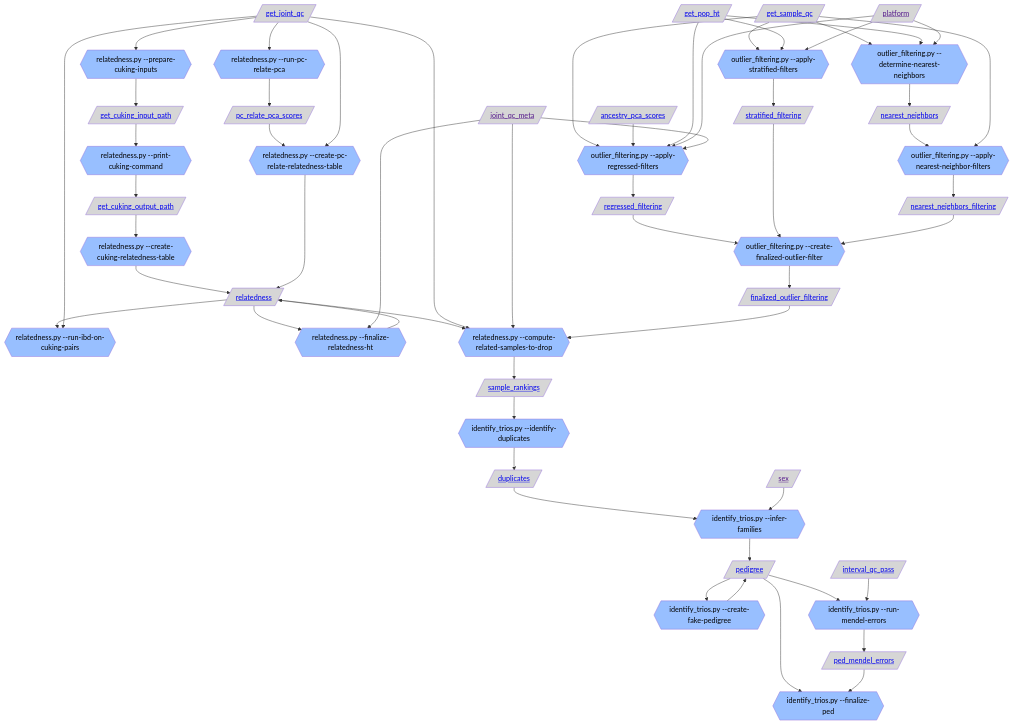
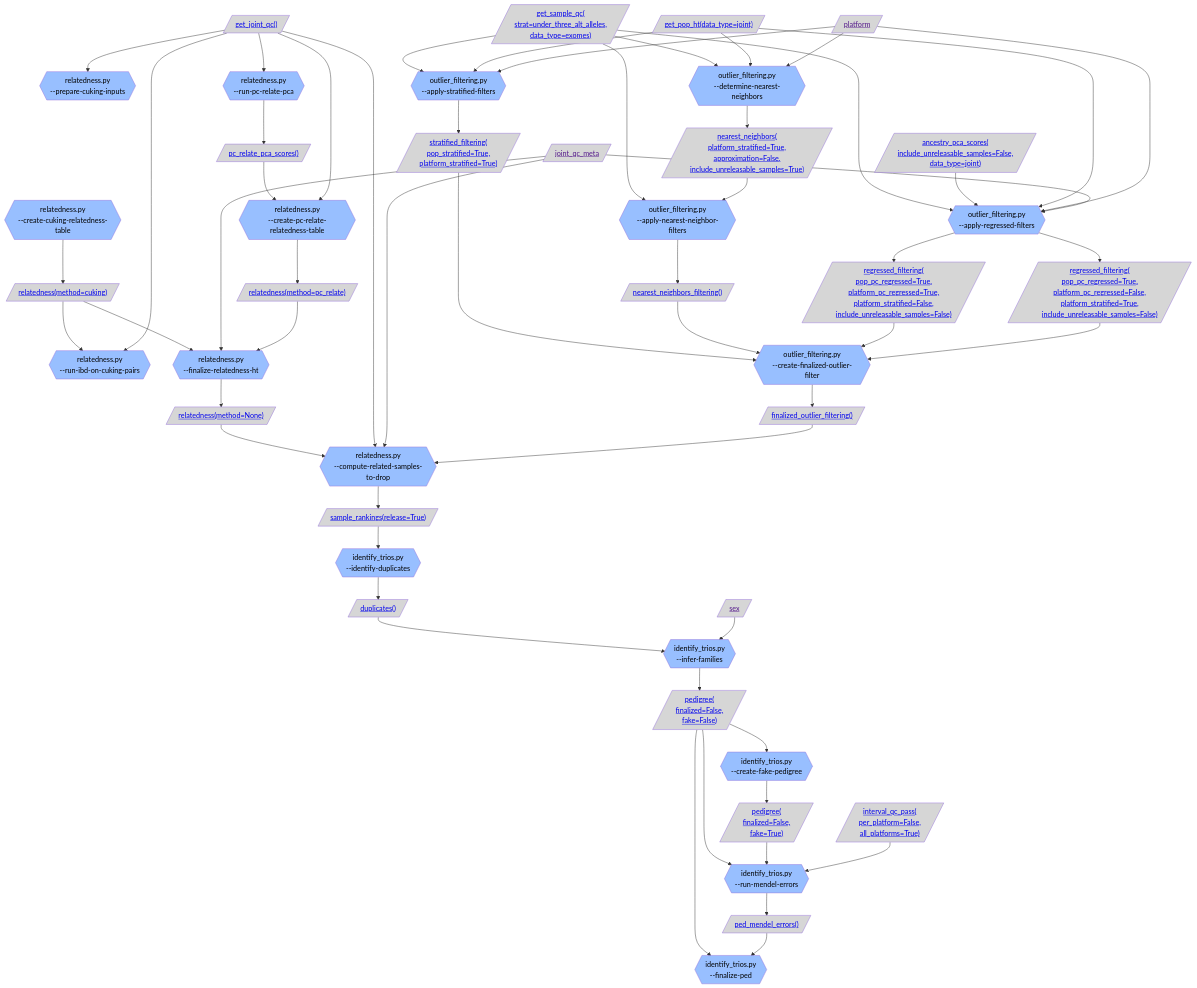
The first of 4 diagrams in gnomad_qc/v4/sample_qc/README.md (broadinstitute/gnomad_qc), drawn with Mermaid before and after one commit. The commit also changed other lines of this file and 3 other files, not shown here.

Commit message:
include arguments for resources

````diff
--- a/gnomad_qc/v4/sample_qc/README.md
+++ b/gnomad_qc/v4/sample_qc/README.md
@@ -9,97 +9,138 @@
   classDef resource_color fill:#D6D6D6,color:#000000
   classDef validity_check_color fill:#2C5D4A,color:#000000
 
-  resource_get_joint_qc[/"<a href='https://github.com/broadinstitute/gnomad_qc/tree/main/gnomad_qc/v4/resources/sample_qc.py#L388'>get_joint_qc</a>"/]:::resource_color;
-  step_prepare_cuking_inputs{{"relatedness.py --prepare-cuking-inputs"}}:::step_color;
-  resource_get_cuking_input_path[/"<a href='https://github.com/broadinstitute/gnomad_qc/tree/main/gnomad_qc/v4/resources/sample_qc.py#L423'>get_cuking_input_path</a>"/]:::resource_color;
-  step_print_cuking_command{{"relatedness.py --print-cuking-command"}}:::step_color;
-  resource_get_cuking_output_path[/"<a href='https://github.com/broadinstitute/gnomad_qc/tree/main/gnomad_qc/v4/resources/sample_qc.py#L439'>get_cuking_output_path</a>"/]:::resource_color;
-  step_create_cuking_relatedness_table{{"relatedness.py --create-cuking-relatedness-table"}}:::step_color;
-  resource_relatedness[/"<a href='https://github.com/broadinstitute/gnomad_qc/tree/main/gnomad_qc/v4/resources/sample_qc.py#L473'>relatedness</a>"/]:::resource_color;
-  step_run_ibd_on_cuking_pairs{{"relatedness.py --run-ibd-on-cuking-pairs"}}:::step_color;
-  step_finalize_relatedness_ht{{"relatedness.py --finalize-relatedness-ht"}}:::step_color;
+  resource_get_joint_qc_[/"<a href='https://github.com/broadinstitute/gnomad_qc/tree/main/gnomad_qc/v4/resources/sample_qc.py#L388'>get_joint_qc()</a>"/]:::resource_color;
+  step_prepare_cuking_inputs{{"relatedness.py
+--prepare-cuking-inputs"}}:::step_color;
+  step_create_cuking_relatedness_table{{"relatedness.py
+--create-cuking-relatedness-table"}}:::step_color;
+  resource_relatedness_method_cuking[/"<a href='https://github.com/broadinstitute/gnomad_qc/tree/main/gnomad_qc/v4/resources/sample_qc.py#L473'>relatedness(method=cuking)</a>"/]:::resource_color;
+  step_run_ibd_on_cuking_pairs{{"relatedness.py
+--run-ibd-on-cuking-pairs"}}:::step_color;
+  step_finalize_relatedness_ht{{"relatedness.py
+--finalize-relatedness-ht"}}:::step_color;
   resource_joint_qc_meta[/"<a href=''>joint_qc_meta</a>"/]:::resource_color;
-  step_create_pc_relate_relatedness_table{{"relatedness.py --create-pc-relate-relatedness-table"}}:::step_color;
-  step_compute_related_samples_to_drop{{"relatedness.py --compute-related-samples-to-drop"}}:::step_color;
-  step_create_finalized_outlier_filter{{"outlier_filtering.py --create-finalized-outlier-filter"}}:::step_color;
-  resource_finalized_outlier_filtering[/"<a href='https://github.com/broadinstitute/gnomad_qc/tree/main/gnomad_qc/v4/resources/sample_qc.py#L874'>finalized_outlier_filtering</a>"/]:::resource_color;
-  step_run_pc_relate_pca{{"relatedness.py --run-pc-relate-pca"}}:::step_color;
-  resource_pc_relate_pca_scores[/"<a href='https://github.com/broadinstitute/gnomad_qc/tree/main/gnomad_qc/v4/resources/sample_qc.py#L455'>pc_relate_pca_scores</a>"/]:::resource_color;
-  resource_get_sample_qc[/"<a href='https://github.com/broadinstitute/gnomad_qc/tree/main/gnomad_qc/v4/resources/sample_qc.py#L44'>get_sample_qc</a>"/]:::resource_color;
-  step_apply_regressed_filters{{"outlier_filtering.py --apply-regressed-filters"}}:::step_color;
-  resource_ancestry_pca_scores[/"<a href='https://github.com/broadinstitute/gnomad_qc/tree/main/gnomad_qc/v4/resources/sample_qc.py#L624'>ancestry_pca_scores</a>"/]:::resource_color;
-  resource_get_pop_ht[/"<a href='https://github.com/broadinstitute/gnomad_qc/tree/main/gnomad_qc/v4/resources/sample_qc.py#L698'>get_pop_ht</a>"/]:::resource_color;
+  step_create_pc_relate_relatedness_table{{"relatedness.py
+--create-pc-relate-relatedness-table"}}:::step_color;
+  resource_relatedness_method_pc_relate[/"<a href='https://github.com/broadinstitute/gnomad_qc/tree/main/gnomad_qc/v4/resources/sample_qc.py#L473'>relatedness(method=pc_relate)</a>"/]:::resource_color;
+  resource_relatedness_method_None[/"<a href='https://github.com/broadinstitute/gnomad_qc/tree/main/gnomad_qc/v4/resources/sample_qc.py#L473'>relatedness(method=None)</a>"/]:::resource_color;
+  step_compute_related_samples_to_drop{{"relatedness.py
+--compute-related-samples-to-drop"}}:::step_color;
+  step_create_finalized_outlier_filter{{"outlier_filtering.py
+--create-finalized-outlier-filter"}}:::step_color;
+  resource_finalized_outlier_filtering_[/"<a href='https://github.com/broadinstitute/gnomad_qc/tree/main/gnomad_qc/v4/resources/sample_qc.py#L874'>finalized_outlier_filtering()</a>"/]:::resource_color;
+  step_run_pc_relate_pca{{"relatedness.py
+--run-pc-relate-pca"}}:::step_color;
+  resource_pc_relate_pca_scores_[/"<a href='https://github.com/broadinstitute/gnomad_qc/tree/main/gnomad_qc/v4/resources/sample_qc.py#L455'>pc_relate_pca_scores()</a>"/]:::resource_color;
+  resource_get_sample_qc_strat_under_three_alt_alleles_data_type_exomes[/"<a href='https://github.com/broadinstitute/gnomad_qc/tree/main/gnomad_qc/v4/resources/sample_qc.py#L44'>get_sample_qc(
+strat=under_three_alt_alleles,
+data_type=exomes)</a>"/]:::resource_color;
+  step_apply_regressed_filters{{"outlier_filtering.py
+--apply-regressed-filters"}}:::step_color;
+  resource_ancestry_pca_scores_include_unreleasable_samples_False_data_type_joint[/"<a href='https://github.com/broadinstitute/gnomad_qc/tree/main/gnomad_qc/v4/resources/sample_qc.py#L624'>ancestry_pca_scores(
+include_unreleasable_samples=False,
+data_type=joint)</a>"/]:::resource_color;
+  resource_get_pop_ht_data_type_joint[/"<a href='https://github.com/broadinstitute/gnomad_qc/tree/main/gnomad_qc/v4/resources/sample_qc.py#L698'>get_pop_ht(data_type=joint)</a>"/]:::resource_color;
   resource_platform[/"<a href=''>platform</a>"/]:::resource_color;
-  resource_regressed_filtering[/"<a href='https://github.com/broadinstitute/gnomad_qc/tree/main/gnomad_qc/v4/resources/sample_qc.py#L780'>regressed_filtering</a>"/]:::resource_color;
-  step_apply_stratified_filters{{"outlier_filtering.py --apply-stratified-filters"}}:::step_color;
-  resource_stratified_filtering[/"<a href='https://github.com/broadinstitute/gnomad_qc/tree/main/gnomad_qc/v4/resources/sample_qc.py#L749'>stratified_filtering</a>"/]:::resource_color;
-  step_apply_nearest_neighbor_filters{{"outlier_filtering.py --apply-nearest-neighbor-filters"}}:::step_color;
-  resource_nearest_neighbors_filtering[/"<a href='https://github.com/broadinstitute/gnomad_qc/tree/main/gnomad_qc/v4/resources/sample_qc.py#L856'>nearest_neighbors_filtering</a>"/]:::resource_color;
-  step_determine_nearest_neighbors{{"outlier_filtering.py --determine-nearest-neighbors"}}:::step_color;
-  resource_nearest_neighbors[/"<a href='https://github.com/broadinstitute/gnomad_qc/tree/main/gnomad_qc/v4/resources/sample_qc.py#L820'>nearest_neighbors</a>"/]:::resource_color;
-  resource_sample_rankings[/"<a href='https://github.com/broadinstitute/gnomad_qc/tree/main/gnomad_qc/v4/resources/sample_qc.py#L547'>sample_rankings</a>"/]:::resource_color;
-  step_identify_duplicates{{"identify_trios.py --identify-duplicates"}}:::step_color;
-  resource_duplicates[/"<a href='https://github.com/broadinstitute/gnomad_qc/tree/main/gnomad_qc/v4/resources/sample_qc.py#L895'>duplicates</a>"/]:::resource_color;
-  step_infer_families{{"identify_trios.py --infer-families"}}:::step_color;
+  step_apply_stratified_filters{{"outlier_filtering.py
+--apply-stratified-filters"}}:::step_color;
+  resource_stratified_filtering_pop_stratified_True_platform_stratified_True[/"<a href='https://github.com/broadinstitute/gnomad_qc/tree/main/gnomad_qc/v4/resources/sample_qc.py#L749'>stratified_filtering(
+pop_stratified=True,
+platform_stratified=True)</a>"/]:::resource_color;
+  step_apply_nearest_neighbor_filters{{"outlier_filtering.py
+--apply-nearest-neighbor-filters"}}:::step_color;
+  resource_nearest_neighbors_filtering_[/"<a href='https://github.com/broadinstitute/gnomad_qc/tree/main/gnomad_qc/v4/resources/sample_qc.py#L856'>nearest_neighbors_filtering()</a>"/]:::resource_color;
+  resource_regressed_filtering_pop_pc_regressed_True_platform_pc_regressed_True_platform_stratified_False_include_unreleasable_samples_False[/"<a href='https://github.com/broadinstitute/gnomad_qc/tree/main/gnomad_qc/v4/resources/sample_qc.py#L780'>regressed_filtering(
+pop_pc_regressed=True,
+platform_pc_regressed=True,
+platform_stratified=False,
+include_unreleasable_samples=False)</a>"/]:::resource_color;
+  resource_regressed_filtering_pop_pc_regressed_True_platform_pc_regressed_False_platform_stratified_True_include_unreleasable_samples_False[/"<a href='https://github.com/broadinstitute/gnomad_qc/tree/main/gnomad_qc/v4/resources/sample_qc.py#L780'>regressed_filtering(
+pop_pc_regressed=True,
+platform_pc_regressed=False,
+platform_stratified=True,
+include_unreleasable_samples=False)</a>"/]:::resource_color;
+  step_determine_nearest_neighbors{{"outlier_filtering.py
+--determine-nearest-neighbors"}}:::step_color;
+  resource_nearest_neighbors_platform_stratified_True_approximation_False_include_unreleasable_samples_True[/"<a href='https://github.com/broadinstitute/gnomad_qc/tree/main/gnomad_qc/v4/resources/sample_qc.py#L820'>nearest_neighbors(
+platform_stratified=True,
+approximation=False,
+include_unreleasable_samples=True)</a>"/]:::resource_color;
+  resource_sample_rankings_release_True[/"<a href='https://github.com/broadinstitute/gnomad_qc/tree/main/gnomad_qc/v4/resources/sample_qc.py#L547'>sample_rankings(release=True)</a>"/]:::resource_color;
+  step_identify_duplicates{{"identify_trios.py
+--identify-duplicates"}}:::step_color;
+  resource_duplicates_[/"<a href='https://github.com/broadinstitute/gnomad_qc/tree/main/gnomad_qc/v4/resources/sample_qc.py#L895'>duplicates()</a>"/]:::resource_color;
+  step_infer_families{{"identify_trios.py
+--infer-families"}}:::step_color;
   resource_sex[/"<a href=''>sex</a>"/]:::resource_color;
-  resource_pedigree[/"<a href='https://github.com/broadinstitute/gnomad_qc/tree/main/gnomad_qc/v4/resources/sample_qc.py#L913'>pedigree</a>"/]:::resource_color;
-  step_create_fake_pedigree{{"identify_trios.py --create-fake-pedigree"}}:::step_color;
-  step_run_mendel_errors{{"identify_trios.py --run-mendel-errors"}}:::step_color;
-  resource_interval_qc_pass[/"<a href='https://github.com/broadinstitute/gnomad_qc/tree/main/gnomad_qc/v4/resources/sample_qc.py#L306'>interval_qc_pass</a>"/]:::resource_color;
-  step_finalize_ped{{"identify_trios.py --finalize-ped"}}:::step_color;
-  resource_ped_mendel_errors[/"<a href='https://github.com/broadinstitute/gnomad_qc/tree/main/gnomad_qc/v4/resources/sample_qc.py#L966'>ped_mendel_errors</a>"/]:::resource_color;
-  resource_get_joint_qc --> step_prepare_cuking_inputs;
-  step_prepare_cuking_inputs --> resource_get_cuking_input_path;
-  resource_get_cuking_input_path --> step_print_cuking_command;
-  step_print_cuking_command --> resource_get_cuking_output_path;
-  resource_get_cuking_output_path --> step_create_cuking_relatedness_table;
-  step_create_cuking_relatedness_table --> resource_relatedness;
-  resource_relatedness --> step_run_ibd_on_cuking_pairs;
-  resource_get_joint_qc --> step_run_ibd_on_cuking_pairs;
-  resource_relatedness --> step_finalize_relatedness_ht;
+  resource_pedigree_finalized_False_fake_False[/"<a href='https://github.com/broadinstitute/gnomad_qc/tree/main/gnomad_qc/v4/resources/sample_qc.py#L913'>pedigree(
+finalized=False,
+fake=False)</a>"/]:::resource_color;
+  step_create_fake_pedigree{{"identify_trios.py
+--create-fake-pedigree"}}:::step_color;
+  step_run_mendel_errors{{"identify_trios.py
+--run-mendel-errors"}}:::step_color;
+  resource_pedigree_finalized_False_fake_True[/"<a href='https://github.com/broadinstitute/gnomad_qc/tree/main/gnomad_qc/v4/resources/sample_qc.py#L913'>pedigree(
+finalized=False,
+fake=True)</a>"/]:::resource_color;
+  resource_interval_qc_pass_per_platform_False_all_platforms_True[/"<a href='https://github.com/broadinstitute/gnomad_qc/tree/main/gnomad_qc/v4/resources/sample_qc.py#L306'>interval_qc_pass(
+per_platform=False,
+all_platforms=True)</a>"/]:::resource_color;
+  step_finalize_ped{{"identify_trios.py
+--finalize-ped"}}:::step_color;
+  resource_ped_mendel_errors_[/"<a href='https://github.com/broadinstitute/gnomad_qc/tree/main/gnomad_qc/v4/resources/sample_qc.py#L966'>ped_mendel_errors()</a>"/]:::resource_color;
+  resource_get_joint_qc_ --> step_prepare_cuking_inputs;
+  step_create_cuking_relatedness_table --> resource_relatedness_method_cuking;
+  resource_relatedness_method_cuking --> step_run_ibd_on_cuking_pairs;
+  resource_get_joint_qc_ --> step_run_ibd_on_cuking_pairs;
+  resource_relatedness_method_cuking --> step_finalize_relatedness_ht;
   resource_joint_qc_meta --> step_finalize_relatedness_ht;
-  step_create_pc_relate_relatedness_table --> resource_relatedness;
-  step_finalize_relatedness_ht --> resource_relatedness;
-  resource_relatedness --> step_compute_related_samples_to_drop;
-  resource_get_joint_qc --> step_compute_related_samples_to_drop;
+  step_create_pc_relate_relatedness_table --> resource_relatedness_method_pc_relate;
+  resource_relatedness_method_pc_relate --> step_finalize_relatedness_ht;
+  step_finalize_relatedness_ht --> resource_relatedness_method_None;
+  resource_relatedness_method_None --> step_compute_related_samples_to_drop;
+  resource_get_joint_qc_ --> step_compute_related_samples_to_drop;
   resource_joint_qc_meta --> step_compute_related_samples_to_drop;
-  step_create_finalized_outlier_filter --> resource_finalized_outlier_filtering;
-  resource_finalized_outlier_filtering --> step_compute_related_samples_to_drop;
-  resource_get_joint_qc --> step_run_pc_relate_pca;
-  step_run_pc_relate_pca --> resource_pc_relate_pca_scores;
-  resource_pc_relate_pca_scores --> step_create_pc_relate_relatedness_table;
-  resource_get_joint_qc --> step_create_pc_relate_relatedness_table;
-  resource_get_sample_qc --> step_apply_regressed_filters;
-  resource_ancestry_pca_scores --> step_apply_regressed_filters;
-  resource_get_pop_ht --> step_apply_regressed_filters;
+  step_create_finalized_outlier_filter --> resource_finalized_outlier_filtering_;
+  resource_finalized_outlier_filtering_ --> step_compute_related_samples_to_drop;
+  resource_get_joint_qc_ --> step_run_pc_relate_pca;
+  step_run_pc_relate_pca --> resource_pc_relate_pca_scores_;
+  resource_pc_relate_pca_scores_ --> step_create_pc_relate_relatedness_table;
+  resource_get_joint_qc_ --> step_create_pc_relate_relatedness_table;
+  resource_get_sample_qc_strat_under_three_alt_alleles_data_type_exomes --> step_apply_regressed_filters;
+  resource_ancestry_pca_scores_include_unreleasable_samples_False_data_type_joint --> step_apply_regressed_filters;
+  resource_get_pop_ht_data_type_joint --> step_apply_regressed_filters;
   resource_platform --> step_apply_regressed_filters;
   resource_joint_qc_meta --> step_apply_regressed_filters;
-  step_apply_regressed_filters --> resource_regressed_filtering;
-  resource_regressed_filtering --> step_create_finalized_outlier_filter;
-  step_apply_stratified_filters --> resource_stratified_filtering;
-  resource_stratified_filtering --> step_create_finalized_outlier_filter;
-  step_apply_nearest_neighbor_filters --> resource_nearest_neighbors_filtering;
-  resource_nearest_neighbors_filtering --> step_create_finalized_outlier_filter;
-  resource_get_sample_qc --> step_apply_stratified_filters;
-  resource_get_pop_ht --> step_apply_stratified_filters;
+  step_apply_stratified_filters --> resource_stratified_filtering_pop_stratified_True_platform_stratified_True;
+  resource_stratified_filtering_pop_stratified_True_platform_stratified_True --> step_create_finalized_outlier_filter;
+  step_apply_nearest_neighbor_filters --> resource_nearest_neighbors_filtering_;
+  resource_nearest_neighbors_filtering_ --> step_create_finalized_outlier_filter;
+  step_apply_regressed_filters --> resource_regressed_filtering_pop_pc_regressed_True_platform_pc_regressed_True_platform_stratified_False_include_unreleasable_samples_False;
+  resource_regressed_filtering_pop_pc_regressed_True_platform_pc_regressed_True_platform_stratified_False_include_unreleasable_samples_False --> step_create_finalized_outlier_filter;
+  step_apply_regressed_filters --> resource_regressed_filtering_pop_pc_regressed_True_platform_pc_regressed_False_platform_stratified_True_include_unreleasable_samples_False;
+  resource_regressed_filtering_pop_pc_regressed_True_platform_pc_regressed_False_platform_stratified_True_include_unreleasable_samples_False --> step_create_finalized_outlier_filter;
+  resource_get_sample_qc_strat_under_three_alt_alleles_data_type_exomes --> step_apply_stratified_filters;
+  resource_get_pop_ht_data_type_joint --> step_apply_stratified_filters;
   resource_platform --> step_apply_stratified_filters;
-  resource_get_sample_qc --> step_determine_nearest_neighbors;
-  resource_get_pop_ht --> step_determine_nearest_neighbors;
+  resource_get_sample_qc_strat_under_three_alt_alleles_data_type_exomes --> step_determine_nearest_neighbors;
+  resource_get_pop_ht_data_type_joint --> step_determine_nearest_neighbors;
   resource_platform --> step_determine_nearest_neighbors;
-  step_determine_nearest_neighbors --> resource_nearest_neighbors;
-  resource_nearest_neighbors --> step_apply_nearest_neighbor_filters;
-  resource_get_sample_qc --> step_apply_nearest_neighbor_filters;
-  step_compute_related_samples_to_drop --> resource_sample_rankings;
-  resource_sample_rankings --> step_identify_duplicates;
-  step_identify_duplicates --> resource_duplicates;
-  resource_duplicates --> step_infer_families;
+  resource_get_sample_qc_strat_under_three_alt_alleles_data_type_exomes --> step_apply_nearest_neighbor_filters;
+  step_determine_nearest_neighbors --> resource_nearest_neighbors_platform_stratified_True_approximation_False_include_unreleasable_samples_True;
+  resource_nearest_neighbors_platform_stratified_True_approximation_False_include_unreleasable_samples_True --> step_apply_nearest_neighbor_filters;
+  step_compute_related_samples_to_drop --> resource_sample_rankings_release_True;
+  resource_sample_rankings_release_True --> step_identify_duplicates;
+  step_identify_duplicates --> resource_duplicates_;
+  resource_duplicates_ --> step_infer_families;
   resource_sex --> step_infer_families;
-  step_infer_families --> resource_pedigree;
-  resource_pedigree --> step_create_fake_pedigree;
-  resource_pedigree --> step_run_mendel_errors;
-  step_create_fake_pedigree --> resource_pedigree;
-  resource_interval_qc_pass --> step_run_mendel_errors;
-  resource_pedigree --> step_finalize_ped;
-  step_run_mendel_errors --> resource_ped_mendel_errors;
-  resource_ped_mendel_errors --> step_finalize_ped;
+  step_infer_families --> resource_pedigree_finalized_False_fake_False;
+  resource_pedigree_finalized_False_fake_False --> step_create_fake_pedigree;
+  resource_pedigree_finalized_False_fake_False --> step_run_mendel_errors;
+  step_create_fake_pedigree --> resource_pedigree_finalized_False_fake_True;
+  resource_pedigree_finalized_False_fake_True --> step_run_mendel_errors;
+  resource_interval_qc_pass_per_platform_False_all_platforms_True --> step_run_mendel_errors;
+  resource_pedigree_finalized_False_fake_False --> step_finalize_ped;
+  step_run_mendel_errors --> resource_ped_mendel_errors_;
+  resource_ped_mendel_errors_ --> step_finalize_ped;
 ```
````
